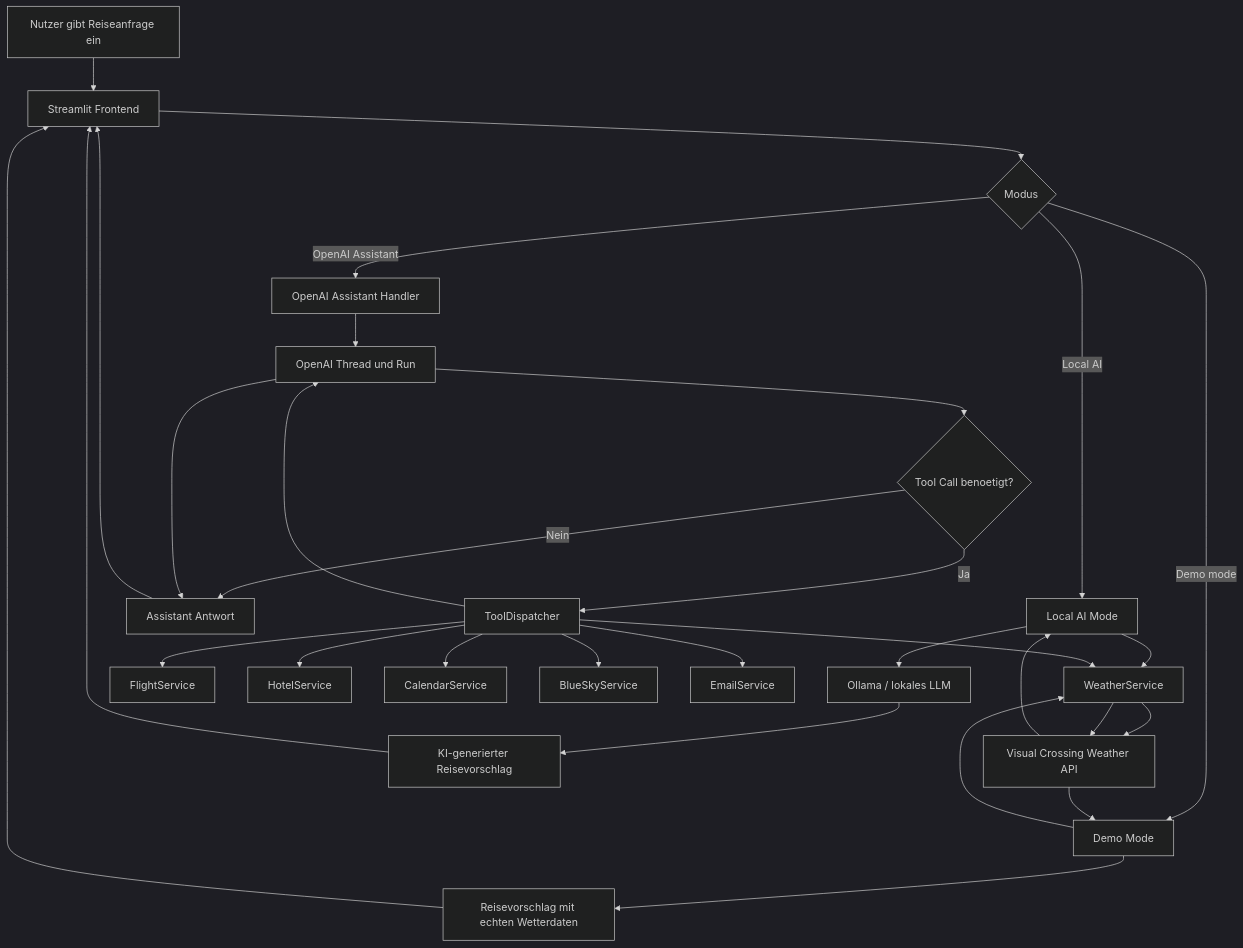
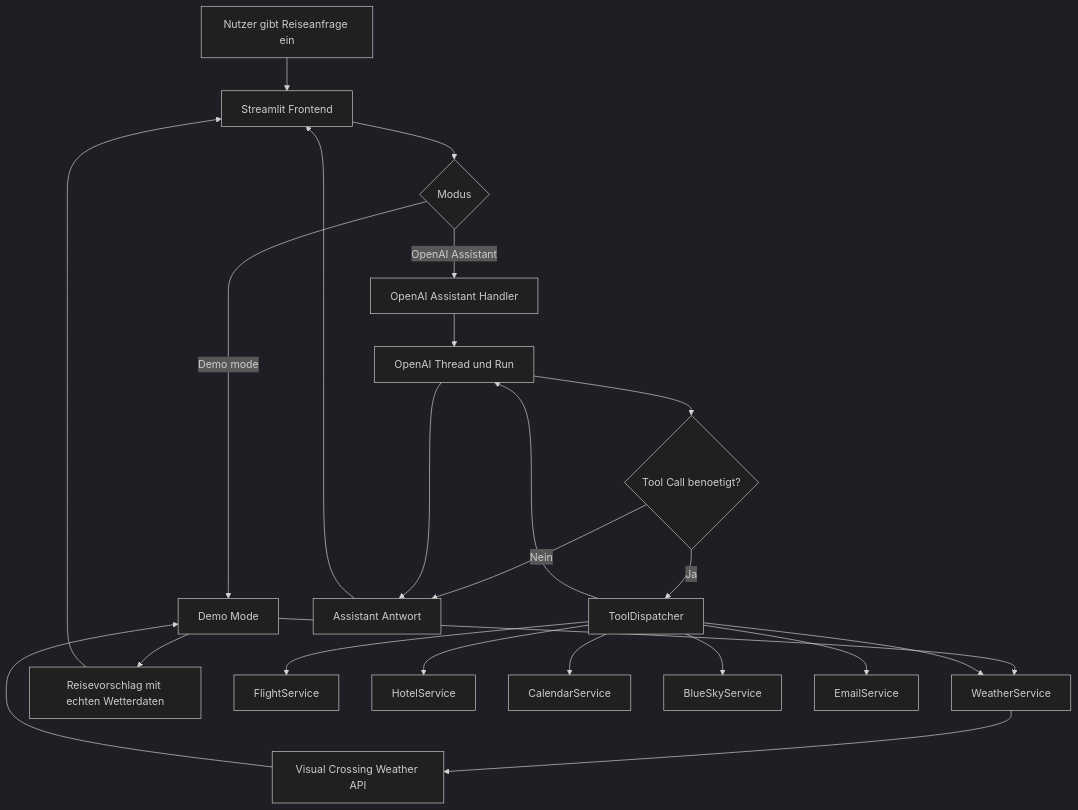
The first of 2 diagrams in docs/Architecture_Flowchart.md (mo-sh44/Smart-Journey-AI), drawn with Mermaid (dark theme) before and after one commit. The commit also changed other lines of this file and 21 other files, not shown here.

````diff
--- a/docs/Architecture_Flowchart.md
+++ b/docs/Architecture_Flowchart.md
@@ -5,35 +5,27 @@
 ```mermaid
 flowchart TD
     A["Nutzer gibt Reiseanfrage ein"] --> B["Streamlit Frontend"]
     B --> C{"Modus"}
-    C -->|Local AI| R["Local AI Mode"]
     C -->|Demo mode| D["Demo Mode"]
     C -->|OpenAI Assistant| E["OpenAI Assistant Handler"]
-
-    R --> F
-    F --> G
-    G --> R
-    R --> S["Ollama / lokales LLM"]
-    S --> T["KI-generierter Reisevorschlag"]
-    T --> B
 
     D --> F["WeatherService"]
     F --> G["Visual Crossing Weather API"]
     G --> D
     D --> H["Reisevorschlag mit echten Wetterdaten"]
 
     E --> I["OpenAI Thread und Run"]
     I --> J{"Tool Call benoetigt?"}
     J -->|Ja| K["ToolDispatcher"]
     K --> F
     K --> L["FlightService"]
     K --> M["HotelService"]
     K --> N["CalendarService"]
     K --> O["BlueSkyService"]
     K --> P["EmailService"]
     J -->|Nein| Q["Assistant Antwort"]
     K --> I
     I --> Q
     Q --> B
     H --> B
 ```
````
